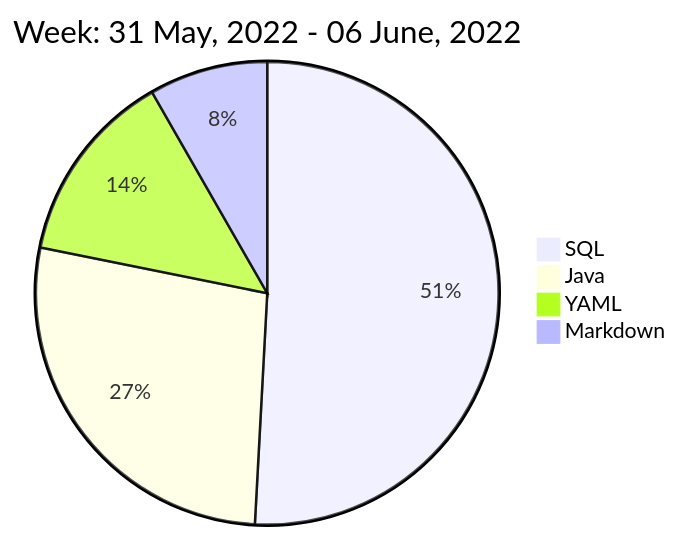
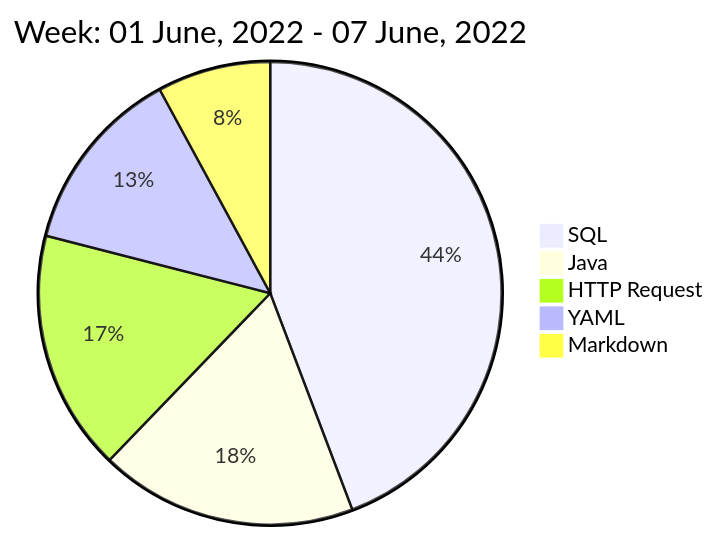
Before and after one commit to liubin95/liubin95: the diagram in README.md, drawn with Mermaid.

Commit message:
Updated the Graph with new Metrics

````diff
--- a/README.md
+++ b/README.md
@@ -40,8 +40,9 @@
 ```mermaid
  pie
-title Week: 31 May, 2022 - 06 June, 2022
- "SQL" : 6.57
- "Java" : 3.53
- "YAML" : 1.75
+title Week: 01 June, 2022 - 07 June, 2022
+ "SQL" : 5.98
+ "Java" : 2.43
+ "HTTP Request" : 2.27
+ "YAML" : 1.77
  "Markdown" : 1.07
 ```
````
